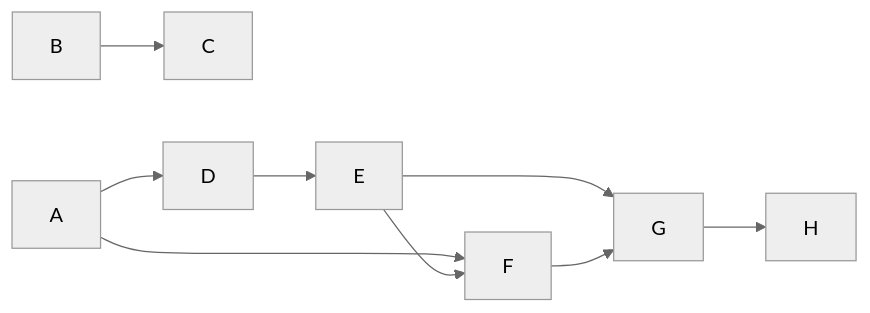
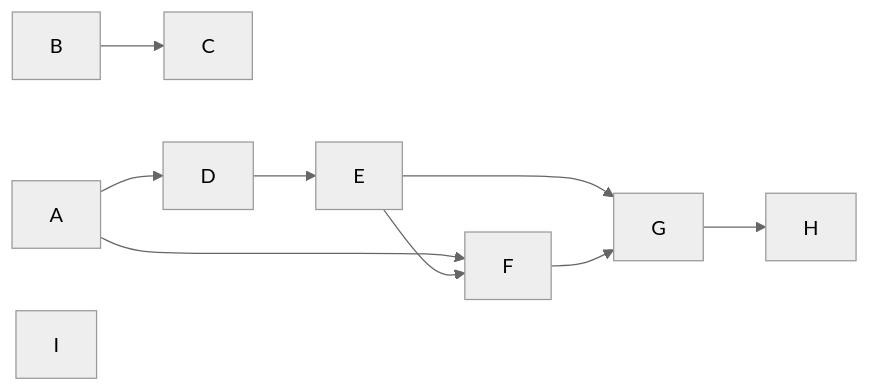
Before and after one commit to stayfixed/stayfixed: the diagram in docs/plans/2026-10-18-wave-9-cp-proof.md, drawn with Mermaid (neutral theme). The commit also changed other lines of this file and 1 other file, not shown here.

````diff
--- a/docs/plans/2026-10-18-wave-9-cp-proof.md
+++ b/docs/plans/2026-10-18-wave-9-cp-proof.md
@@ -270,11 +278,12 @@
 ```mermaid
 graph LR
   B --> C
   A --> D
   A --> F
   D --> E
   E --> F
   E --> G
   F --> G
   G --> H
+  I
 ```
````
